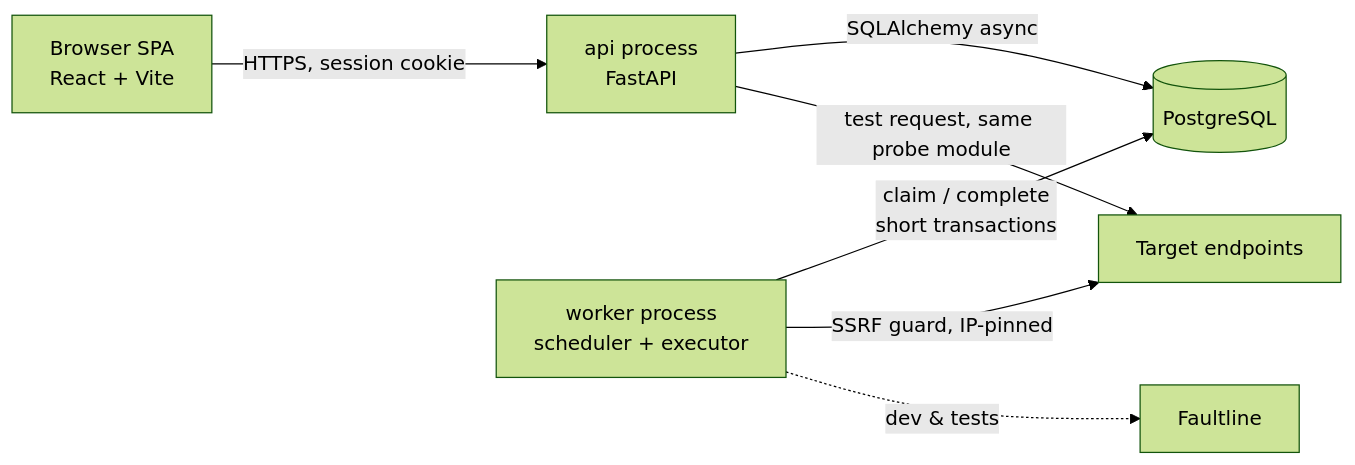
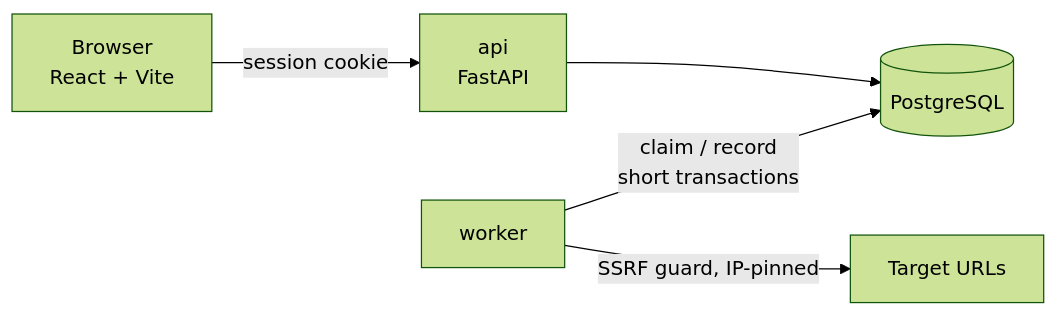
Before and after one commit to TheInfiniteLoop22/SignalNest: the diagram in README.md, drawn with Mermaid (forest theme). The commit also changed other lines of this file and 22 other files, not shown here.

Commit message:
docs: replace the planning pack with architecture, decisions and interview prep

````diff
--- a/README.md
+++ b/README.md
@@ -47,9 +39,7 @@
 ```mermaid
 flowchart LR
-    U[Browser SPA<br/>React + Vite] -->|HTTPS, session cookie| API[api process<br/>FastAPI]
-    API -->|SQLAlchemy async| DB[(PostgreSQL)]
-    W[worker process<br/>scheduler + executor] -->|claim / complete<br/>short transactions| DB
-    W -->|SSRF guard, IP-pinned| T[Target endpoints]
-    W -.->|dev & tests| F[Faultline]
-    API -->|test request, same probe module| T
+    U[Browser<br/>React + Vite] -->|session cookie| API[api<br/>FastAPI]
+    API --> DB[(PostgreSQL)]
+    W[worker] -->|claim / record<br/>short transactions| DB
+    W -->|SSRF guard, IP-pinned| T[Target URLs]
 ```
````
